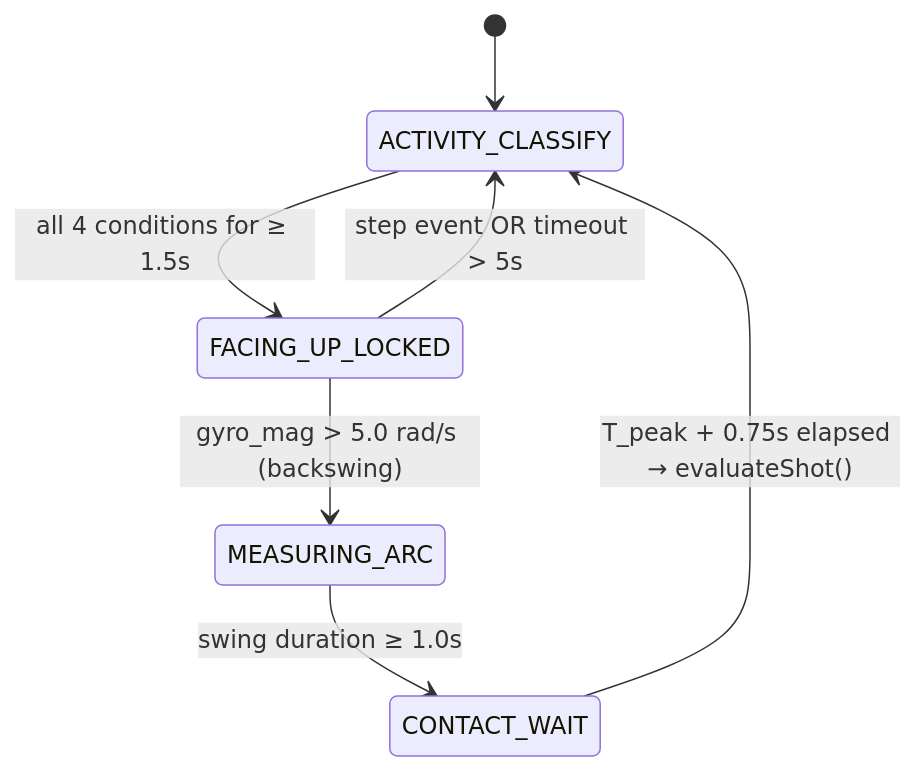
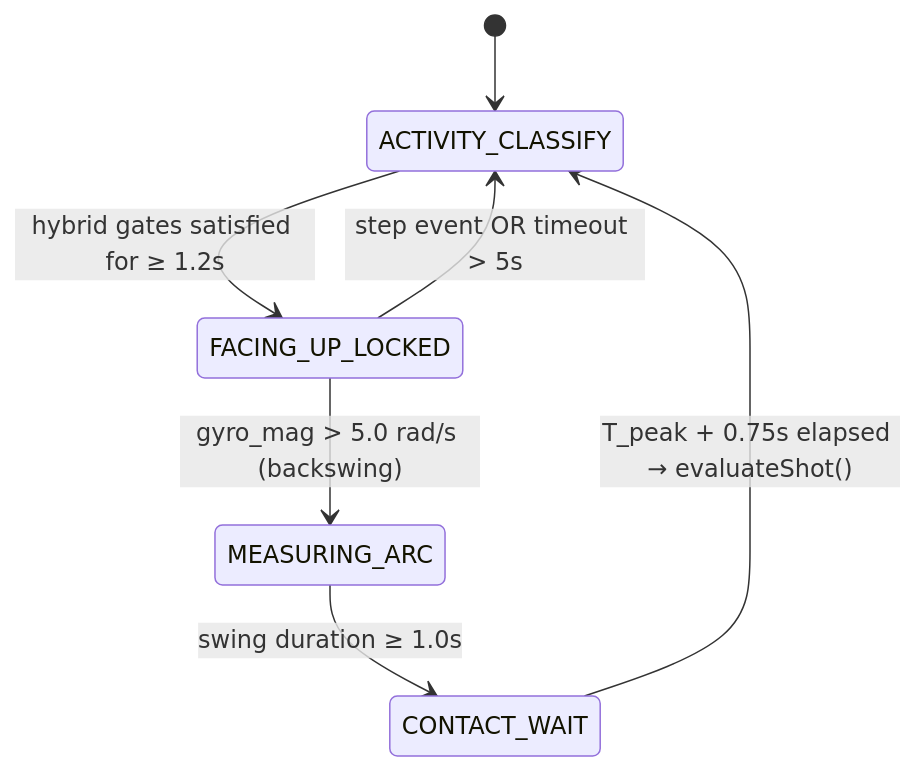
One commit to mrpeel/CricketBattingTracker changed the second of 2 diagrams in .agents/ARCHITECTURE.md. Above: the diagram before and after it, drawn with Mermaid. The commit also changed other lines of this file and 3 other files, not shown here.

Commit message:
Tidy up learnings, architecture, active_context, and create change_log.md

````diff
--- a/.agents/ARCHITECTURE.md
+++ b/.agents/ARCHITECTURE.md
@@ -39,9 +39,9 @@
 ```mermaid
 stateDiagram-v2
     [*] --> ACTIVITY_CLASSIFY
-    ACTIVITY_CLASSIFY --> FACING_UP_LOCKED : all 4 conditions for ≥ 1.5s
+    ACTIVITY_CLASSIFY --> FACING_UP_LOCKED : hybrid gates satisfied for ≥ 1.2s
     FACING_UP_LOCKED --> ACTIVITY_CLASSIFY : step event OR timeout > 5s
     FACING_UP_LOCKED --> MEASURING_ARC : gyro_mag > 5.0 rad/s (backswing)
     MEASURING_ARC --> CONTACT_WAIT : swing duration ≥ 1.0s
     CONTACT_WAIT --> ACTIVITY_CLASSIFY : T_peak + 0.75s elapsed → evaluateShot()
 ```
````
